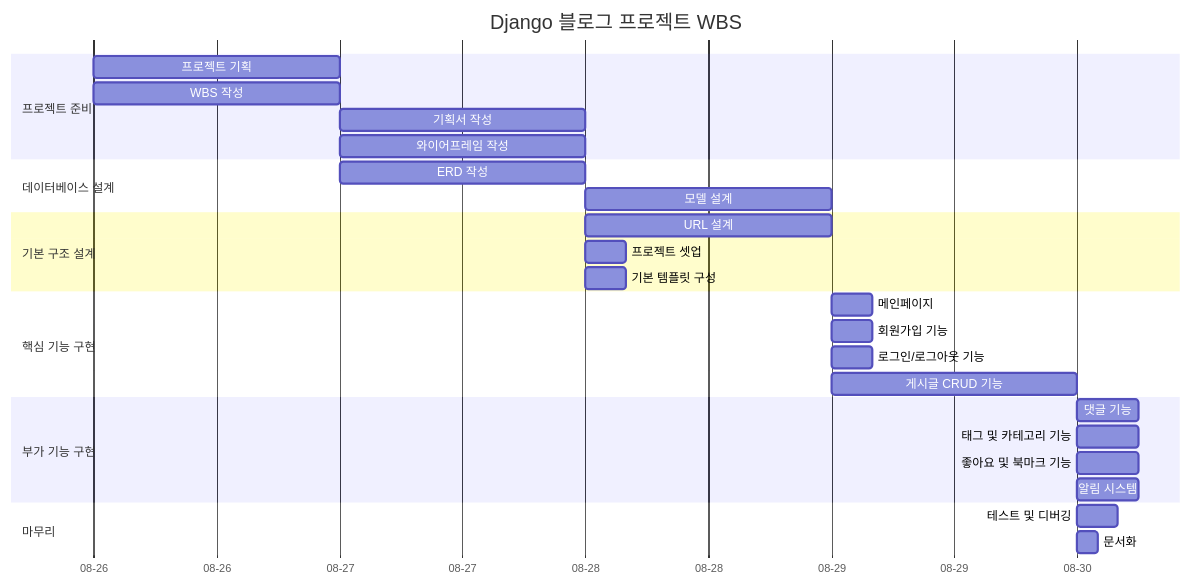
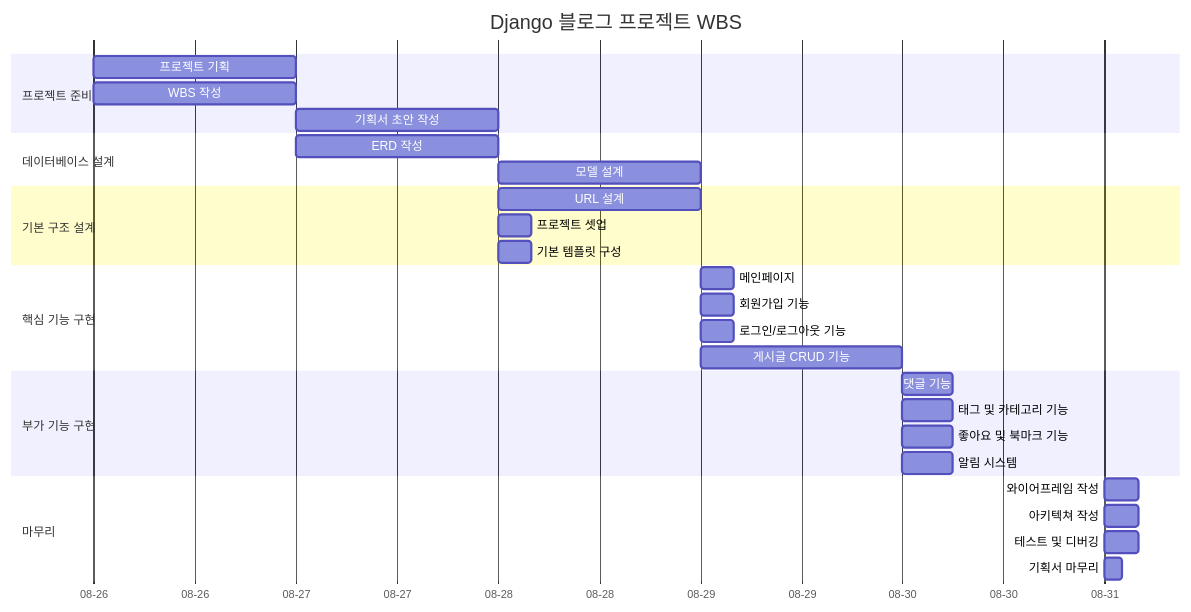
Before and after one commit to Yoo117/Practice-Repository: the first of 2 diagrams in README.md, drawn with Mermaid. The commit also changed other lines of this file, not shown here.

Commit message:
README Update

````diff
--- a/README.md
+++ b/README.md
@@ -60,37 +60,38 @@
 ```mermaid
 gantt
     title Django 블로그 프로젝트 WBS
     dateFormat  YYYY-MM-DD
     axisFormat %m-%d
     
     section 프로젝트 준비
     프로젝트 기획       :2023-08-26, 1d
     WBS 작성            :2023-08-26, 1d
-    기획서 작성         :2023-08-27, 1d
-    와이어프레임 작성   :2023-08-27, 1d
+    기획서 초안 작성     :2023-08-27, 1d
     
     section 데이터베이스 설계
     ERD 작성            :2023-08-27, 1d
     모델 설계           :2023-08-28, 1d
     
     section 기본 구조 설계
     URL 설계            :2023-08-28, 1d
     프로젝트 셋업       :2023-08-28, 4h
     기본 템플릿 구성    :2023-08-28, 4h
     
     section 핵심 기능 구현
     메인페이지          :2023-08-29, 4h
     회원가입 기능       :2023-08-29, 4h
     로그인/로그아웃 기능:2023-08-29, 4h
     게시글 CRUD 기능    :2023-08-29, 1d
     
     section 부가 기능 구현
     댓글 기능           :2023-08-30, 6h
     태그 및 카테고리 기능:2023-08-30, 6h
     좋아요 및 북마크 기능:2023-08-30, 6h
     알림 시스템         :2023-08-30, 6h
     
     section 마무리
-    테스트 및 디버깅    :2023-08-30, 4h
-    문서화              :2023-08-30, 2h
+    와이어프레임 작성   :2023-08-31, 4h
+    아키텍쳐 작성       :2023-08-31, 4h
+    테스트 및 디버깅    :2023-08-31, 4h
+    기획서 마무리       :2023-08-31, 2h
 ```
````
